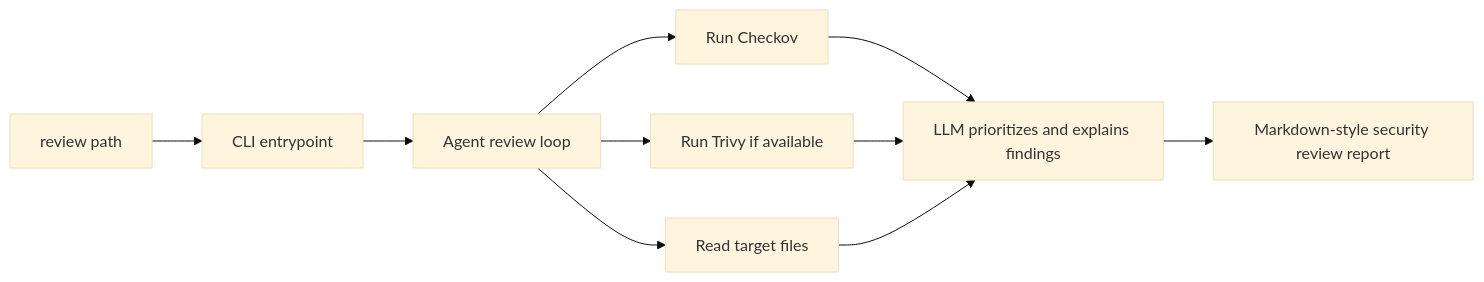
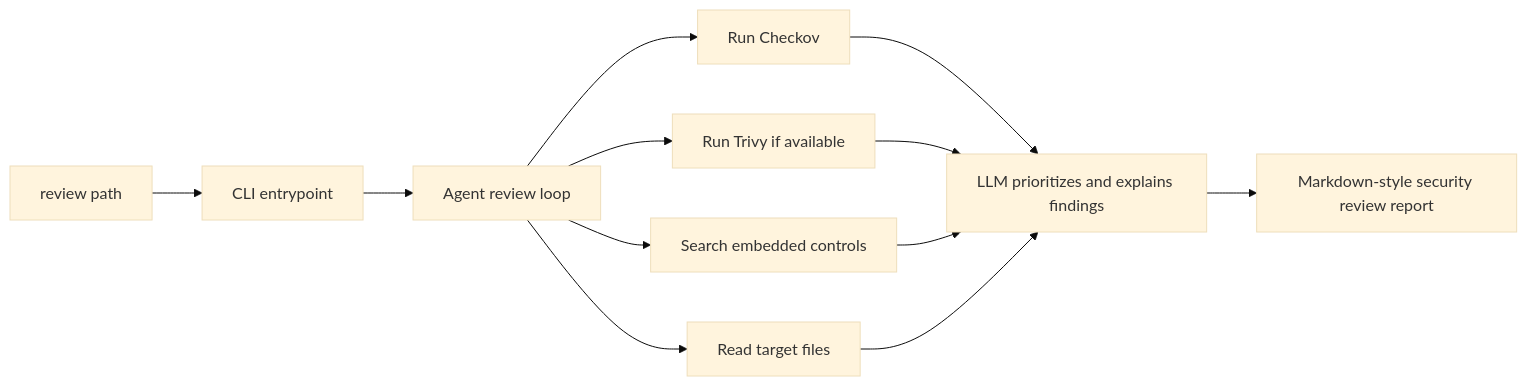
Before and after one commit to perugoal2/Agentic-Kubernetes-IaC-Security-Reviewer: the diagram in README.md, drawn with Mermaid (base theme). The commit also changed other lines of this file and 8 other files, not shown here.

Commit message:
cite security controls for findings via Chroma vector search

````diff
--- a/README.md
+++ b/README.md
@@ -41,12 +43,14 @@
 ```mermaid
 flowchart LR
 	A[review path] --> B[CLI entrypoint]
 	B --> C[Agent review loop]
 	C --> D[Run Checkov]
 	C --> E[Run Trivy if available]
+	C --> I[Search embedded controls]
 	C --> F[Read target files]
 	D --> G[LLM prioritizes and explains findings]
 	E --> G
+	I --> G
 	F --> G
 	G --> H[Markdown-style security review report]
 ```
````
